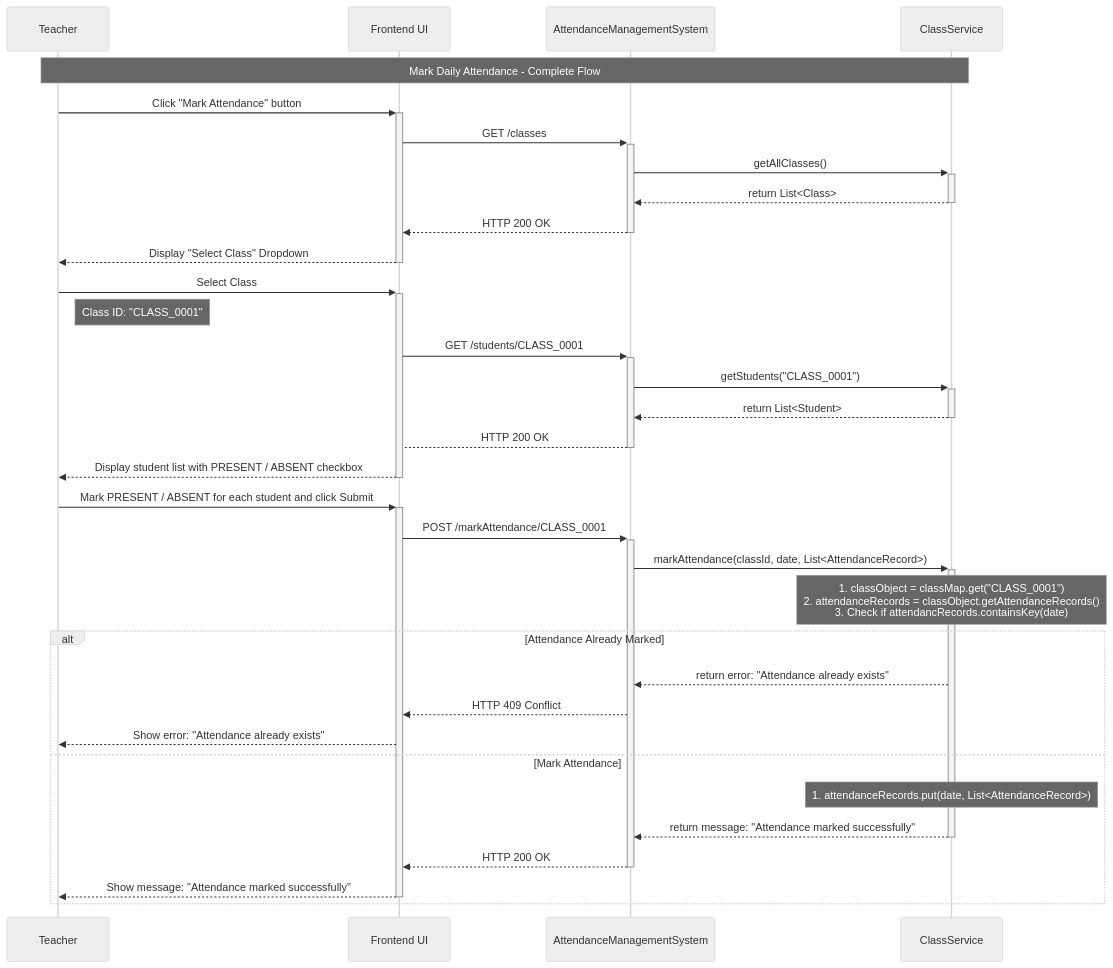
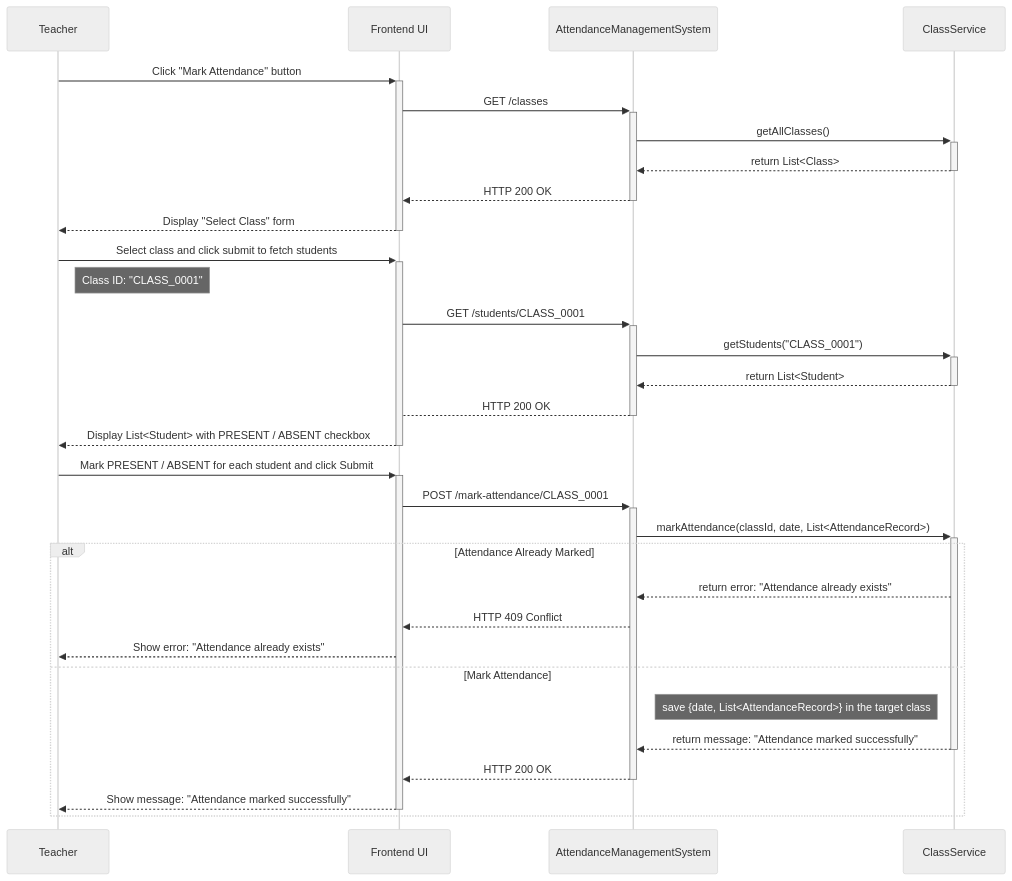
Before and after one commit to NishchayAnand/software-engineering: the third of 4 diagrams in Backend Engineering/Case Studies/Case Study 1. Attendance Management System/Documentation/2. Sequence Flow.md, drawn with Mermaid (neutral theme). The commit also changed other lines of this file and 3 other files, not shown here.

Commit message:
finalizing sequence flow documentation

````diff
--- a/Backend Engineering/Case Studies/Case Study 1. Attendance Management System/Documentation/2. Sequence Flow.md
+++ b/Backend Engineering/Case Studies/Case Study 1. Attendance Management System/Documentation/2. Sequence Flow.md
@@ -141,43 +135,39 @@
 ```mermaid
 sequenceDiagram
 	participant T as Teacher
 	participant UI as Frontend UI
 	participant AMS as AttendanceManagementSystem
 	participant CS as ClassService
 
-	Note over T, CS: Mark Daily Attendance - Complete Flow
-
 	%%Interaction 1: Click the "Mark Attendance" Button
 	T->>+UI: Click "Mark Attendance" button
 	UI->>+AMS: GET /classes
 	AMS->>+CS: getAllClasses()
 	CS-->>-AMS: return List<Class>
 	AMS-->>-UI: HTTP 200 OK
-	UI-->>-T: Display "Select Class" Dropdown
+	UI-->>-T: Display "Select Class" form
 
-	%%Interaction 2: Fill the "Mark Attendance" Form
-	T->>+UI: Select Class
+	%%Interaction 2: Submit "Select Class" form
+	T->>+UI: Select class and click submit to fetch students
 	Note right of T: Class ID: "CLASS_0001"
 	UI->>+AMS: GET /students/CLASS_0001
 	AMS->>+CS: getStudents("CLASS_0001")
 	CS-->>-AMS: return List<Student>
 	AMS-->-UI: HTTP 200 OK
-	UI-->>-T: Display student list with PRESENT / ABSENT checkbox
+	UI-->>-T: Display List<Student> with PRESENT / ABSENT checkbox
 
 	%%Interaction 3: Submit "Mark Attendance" Form
 	T->>+UI: Mark PRESENT / ABSENT for each student and click Submit
-	UI->>+AMS: POST /markAttendance/CLASS_0001
+	UI->>+AMS: POST /mark-attendance/CLASS_0001
 	AMS->>+CS: markAttendance(classId, date, List<AttendanceRecord>)
-	Note over CS: 1. classObject = classMap.get("CLASS_0001") <br/> 2. attendanceRecords = classObject.getAttendanceRecords() <br/> 3. Check if attendancRecords.containsKey(date)
-
 	alt Attendance Already Marked
         CS-->>AMS: return error: "Attendance already exists"
         AMS-->>UI: HTTP 409 Conflict
         UI-->>T: Show error: "Attendance already exists"
     else Mark Attendance
-        Note over CS: 1. attendanceRecords.put(date, List<AttendanceRecord>)
+        Note left of CS: save {date, List<AttendanceRecord>} in the target class
         CS-->>-AMS: return message: "Attendance marked successfully"
         AMS-->>-UI: HTTP 200 OK
         UI-->>-T: Show message: "Attendance marked successfully"
     end
 ```
````
